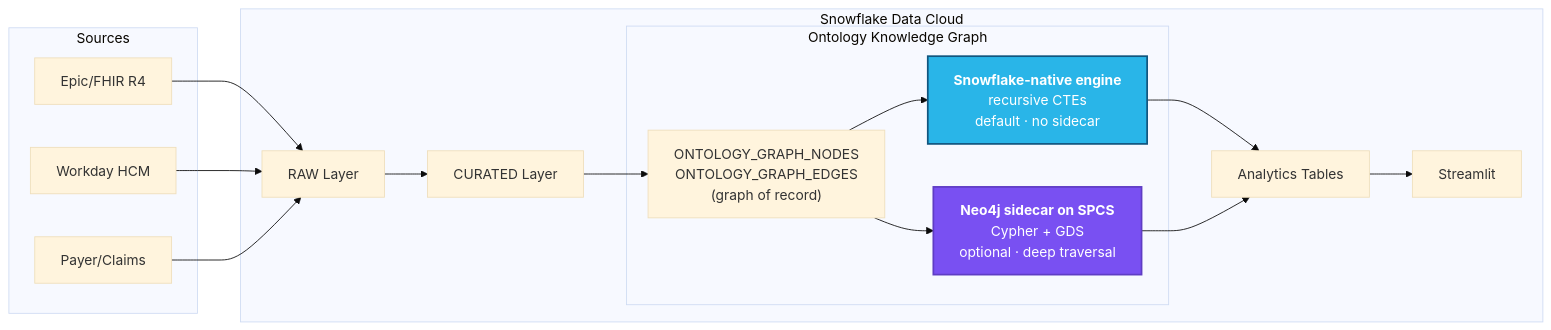
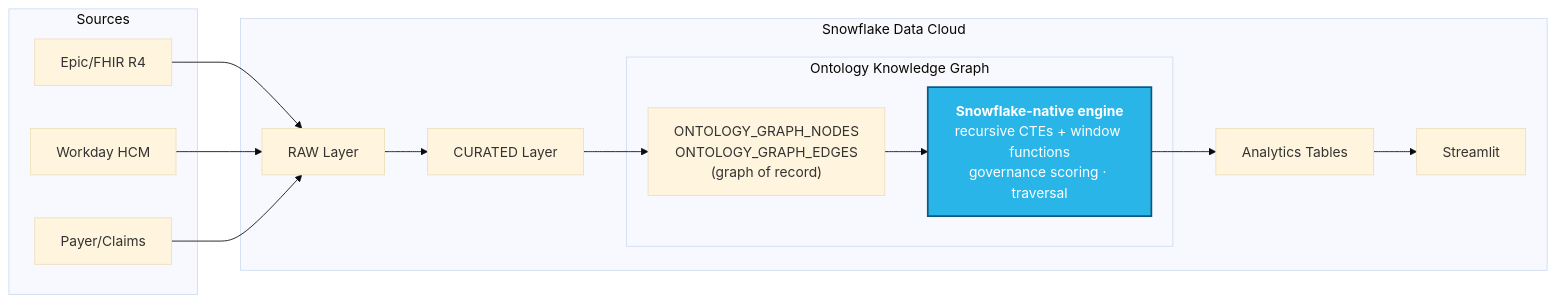
The first of 2 diagrams in industry-demos/hcls/README.md (sfc-gh-smitchener-1/snowflake-dca-fullstack-demo), drawn with Mermaid (base theme) before and after one commit. The commit also changed 149 other files, not shown here.

````diff
--- a/industry-demos/hcls/README.md
+++ b/industry-demos/hcls/README.md
@@ -23,36 +23,31 @@
 ```mermaid
 graph LR
     subgraph Sources
         EPIC["Epic/FHIR R4"]
         WD["Workday HCM"]
         PAYER["Payer/Claims"]
     end
 
     subgraph SF["Snowflake Data Cloud"]
         RAW["RAW Layer"]
         CUR["CURATED Layer"]
         subgraph KG["Ontology Knowledge Graph"]
             NODES["ONTOLOGY_GRAPH_NODES<br/>ONTOLOGY_GRAPH_EDGES<br/>(graph of record)"]
-            SF_ENG["<b>Snowflake-native engine</b><br/>recursive CTEs<br/>default · no sidecar"]
-            NEO_ENG["<b>Neo4j sidecar on SPCS</b><br/>Cypher + GDS<br/>optional · deep traversal"]
+            SF_ENG["<b>Snowflake-native engine</b><br/>recursive CTEs + window functions<br/>governance scoring · traversal"]
         end
         ANA["Analytics Tables"]
         SIS["Streamlit"]
     end
 
     EPIC --> RAW
     WD --> RAW
     PAYER --> RAW
     RAW --> CUR
     CUR --> NODES
     NODES --> SF_ENG
-    NODES --> NEO_ENG
     SF_ENG --> ANA
-    NEO_ENG --> ANA
     ANA --> SIS
 
     classDef snowflake fill:#29B5E8,stroke:#11567F,color:#fff,stroke-width:2px
-    classDef graphdb fill:#7950F2,stroke:#5F3DC4,color:#fff,stroke-width:2px
     class SF_ENG snowflake
-    class NEO_ENG graphdb
 ```
````
